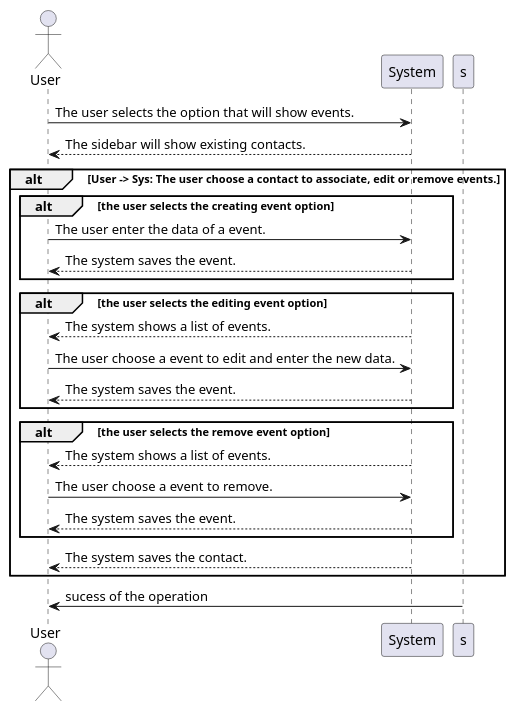
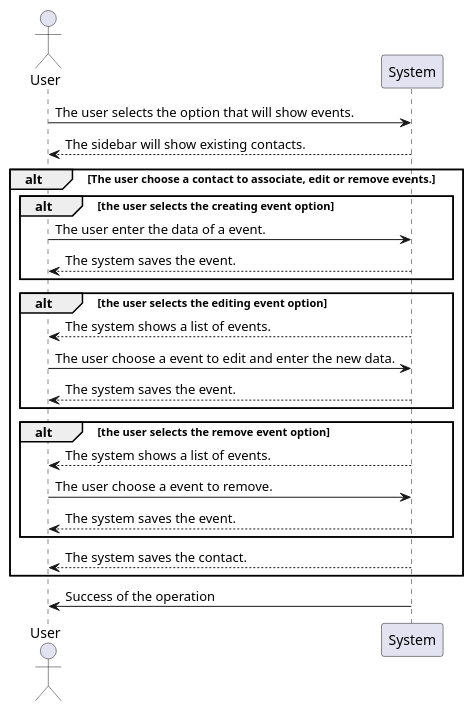
The diagram in src/main/java/lapr4/red/s1/core/n1140388/contacts/uc_analysis_events.puml (PeFerreira98/ISEP.Lic.LAPR4_2017), drawn with PlantUML before and after one commit. The commit also changed 5 other files, not shown here.

Commit message:
LAPR4E17DL-30 LAPR4E17DL-104  - Add design on Plant UML of remove contact and event, refactor some defects on design of create and edit contacts and events

```diff
--- a/src/main/java/lapr4/red/s1/core/n1140388/contacts/uc_analysis_events.puml
+++ b/src/main/java/lapr4/red/s1/core/n1140388/contacts/uc_analysis_events.puml
@@ -1,34 +1,34 @@
 @startuml uc_analysis_events.png
 
 actor User
 
 participant "System" as Sys
 
 User ->  Sys: The user selects the option that will show events.  
 Sys --> User: The sidebar will show existing contacts.
 
-alt User -> Sys: The user choose a contact to associate, edit or remove events.
+alt The user choose a contact to associate, edit or remove events.
 
     alt the user selects the creating event option
     User -> Sys: The user enter the data of a event.
     Sys --> User: The system saves the event.
     end
 
     alt the user selects the editing event option
     Sys --> User: The system shows a list of events.
     User -> Sys: The user choose a event to edit and enter the new data.
     Sys --> User: The system saves the event.
     end
 
     alt the user selects the remove event option
     Sys --> User: The system shows a list of events.
     User -> Sys: The user choose a event to remove.
     Sys --> User: The system saves the event.
     end
 
 Sys --> User: The system saves the contact.
 end
 
-s->User: sucess of the operation
+Sys->User: Success of the operation
 
 @enduml
```
